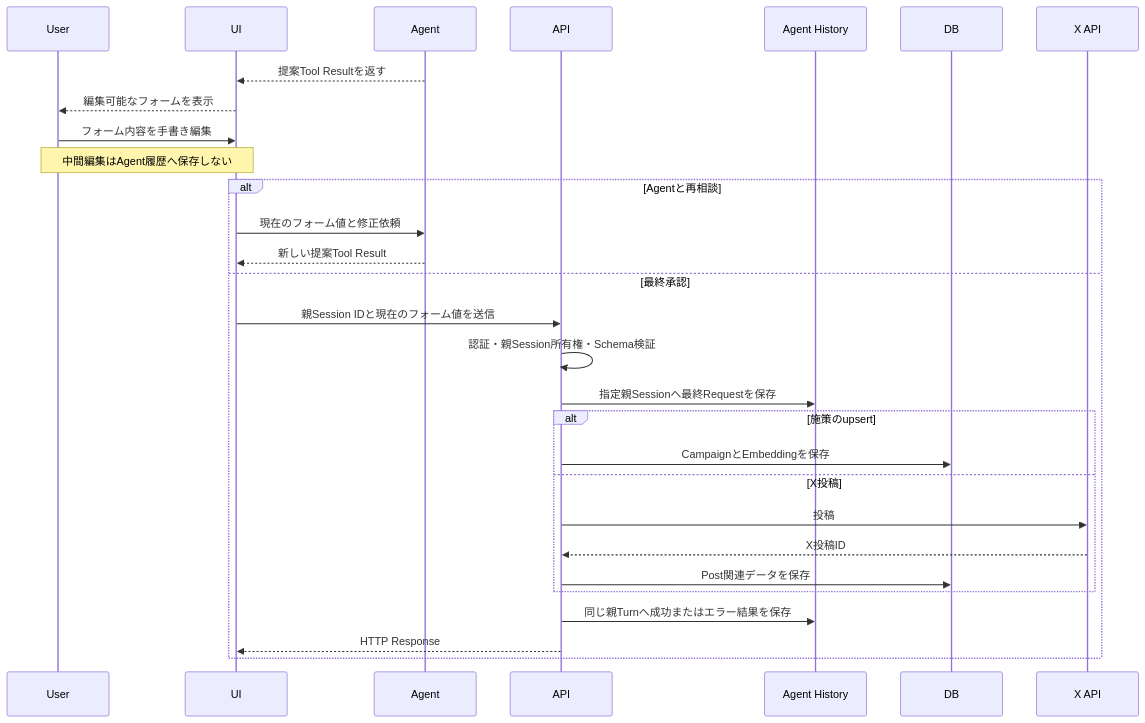
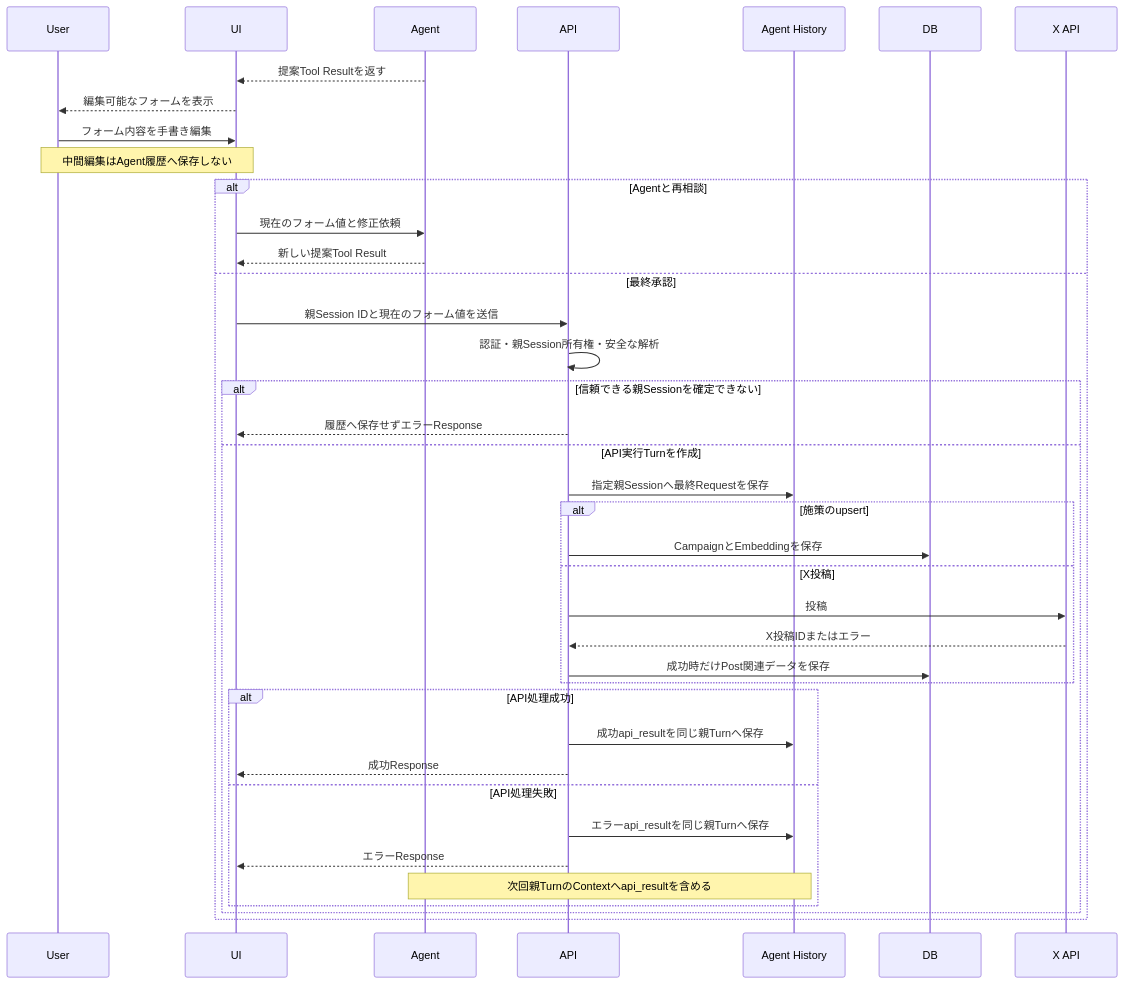
Before and after one commit to nishimura-yuma77/hiromeru: the second of 2 diagrams in docs/v.0.1/API_DESIGN.md, drawn with Mermaid. The commit also changed other lines of this file and 3 other files, not shown here.

````diff
--- a/docs/v.0.1/API_DESIGN.md
+++ b/docs/v.0.1/API_DESIGN.md
@@ -304,32 +340,42 @@
 ```mermaid
 sequenceDiagram
     participant U as User
     participant UI
     participant A as Agent
     participant API
     participant H as Agent History
     participant DB
     participant X as X API
 
     A-->>UI: 提案Tool Resultを返す
     UI-->>U: 編集可能なフォームを表示
     U->>UI: フォーム内容を手書き編集
     Note over U,UI: 中間編集はAgent履歴へ保存しない
     alt Agentと再相談
         UI->>A: 現在のフォーム値と修正依頼
         A-->>UI: 新しい提案Tool Result
     else 最終承認
         UI->>API: 親Session IDと現在のフォーム値を送信
-        API->>API: 認証・親Session所有権・Schema検証
-        API->>H: 指定親Sessionへ最終Requestを保存
-        alt 施策のupsert
-            API->>DB: CampaignとEmbeddingを保存
-        else X投稿
-            API->>X: 投稿
-            X-->>API: X投稿ID
-            API->>DB: Post関連データを保存
+        API->>API: 認証・親Session所有権・安全な解析
+        alt 信頼できる親Sessionを確定できない
+            API-->>UI: 履歴へ保存せずエラーResponse
+        else API実行Turnを作成
+            API->>H: 指定親Sessionへ最終Requestを保存
+            alt 施策のupsert
+                API->>DB: CampaignとEmbeddingを保存
+            else X投稿
+                API->>X: 投稿
+                X-->>API: X投稿IDまたはエラー
+                API->>DB: 成功時だけPost関連データを保存
+            end
+            alt API処理成功
+                API->>H: 成功api_resultを同じ親Turnへ保存
+                API-->>UI: 成功Response
+            else API処理失敗
+                API->>H: エラーapi_resultを同じ親Turnへ保存
+                API-->>UI: エラーResponse
+                Note over A,H: 次回親TurnのContextへapi_resultを含める
+            end
         end
-        API->>H: 同じ親Turnへ成功またはエラー結果を保存
-        API-->>UI: HTTP Response
     end
 ```
````
